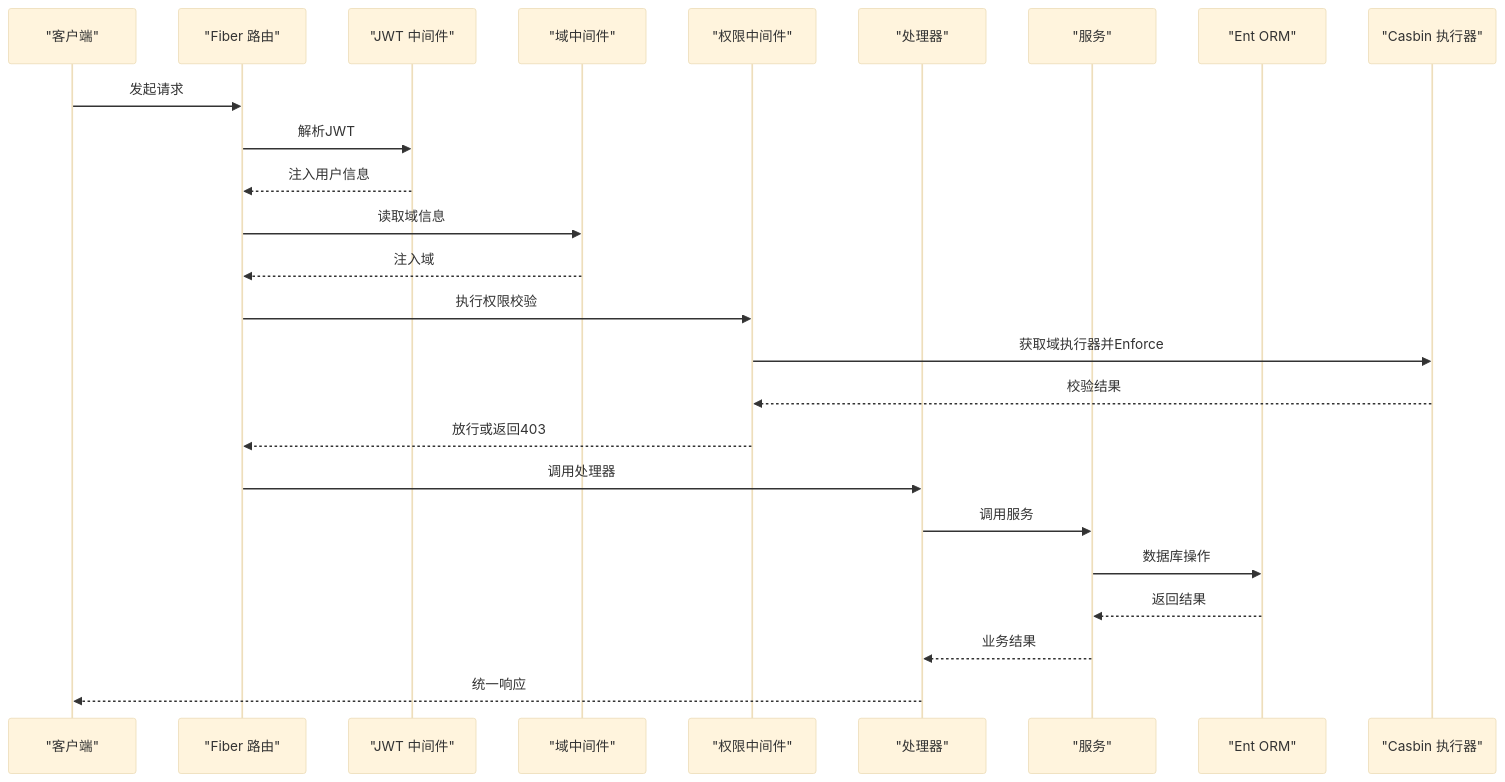
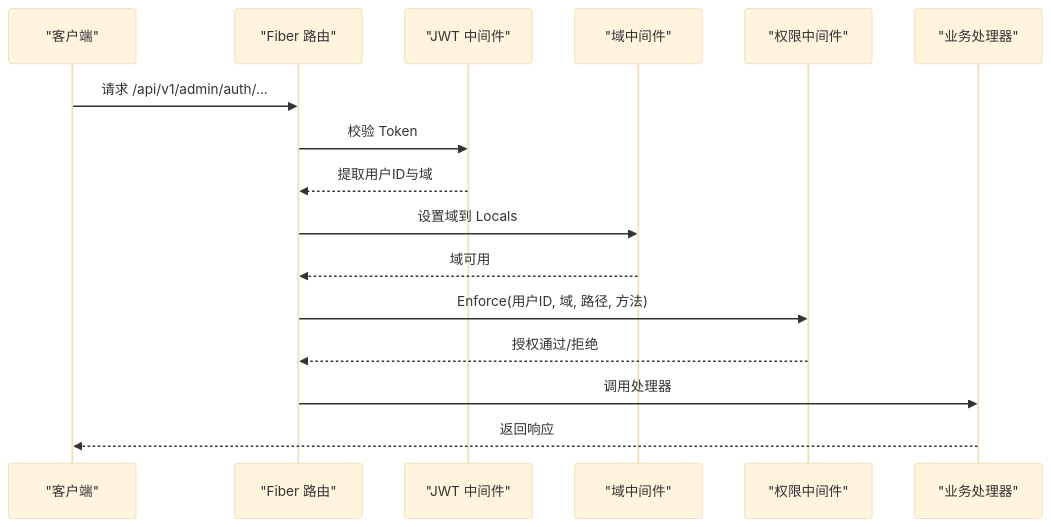
One commit to wuwuseo/e-sports-go-admin changed the fourth of 7 diagrams in .qoder/repowiki/zh/content/开发指南/开发指南.md. Above: the diagram before and after it, drawn with Mermaid (base theme). The commit also changed other lines of this file and 141 other files, not shown here.

````diff
--- a/.qoder/repowiki/zh/content/开发指南/开发指南.md
+++ b/.qoder/repowiki/zh/content/开发指南/开发指南.md
@@ -161,27 +175,18 @@
 ```mermaid
 sequenceDiagram
-participant U as "客户端"
-participant R as "Fiber 路由"
+participant Client as "客户端"
+participant Fiber as "Fiber 路由"
 participant JWT as "JWT 中间件"
-participant DOM as "域中间件"
-participant PER as "权限中间件"
-participant H as "处理器"
-participant S as "服务"
-participant ENT as "Ent ORM"
-participant CB as "Casbin 执行器"
-U->>R : 发起请求
-R->>JWT : 解析JWT
-JWT-->>R : 注入用户信息
-R->>DOM : 读取域信息
-DOM-->>R : 注入域
-R->>PER : 执行权限校验
-PER->>CB : 获取域执行器并Enforce
-CB-->>PER : 校验结果
-PER-->>R : 放行或返回403
-R->>H : 调用处理器
-H->>S : 调用服务
-S->>ENT : 数据库操作
-ENT-->>S : 返回结果
-S-->>H : 业务结果
-H-->>U : 统一响应
+participant Domain as "域中间件"
+participant Perm as "权限中间件"
+participant Handler as "业务处理器"
+Client->>Fiber : 请求 /api/v1/admin/auth/...
+Fiber->>JWT : 校验 Token
+JWT-->>Fiber : 提取用户ID与域
+Fiber->>Domain : 设置域到 Locals
+Domain-->>Fiber : 域可用
+Fiber->>Perm : Enforce(用户ID, 域, 路径, 方法)
+Perm-->>Fiber : 授权通过/拒绝
+Fiber->>Handler : 调用处理器
+Handler-->>Client : 返回响应
 ```
````
